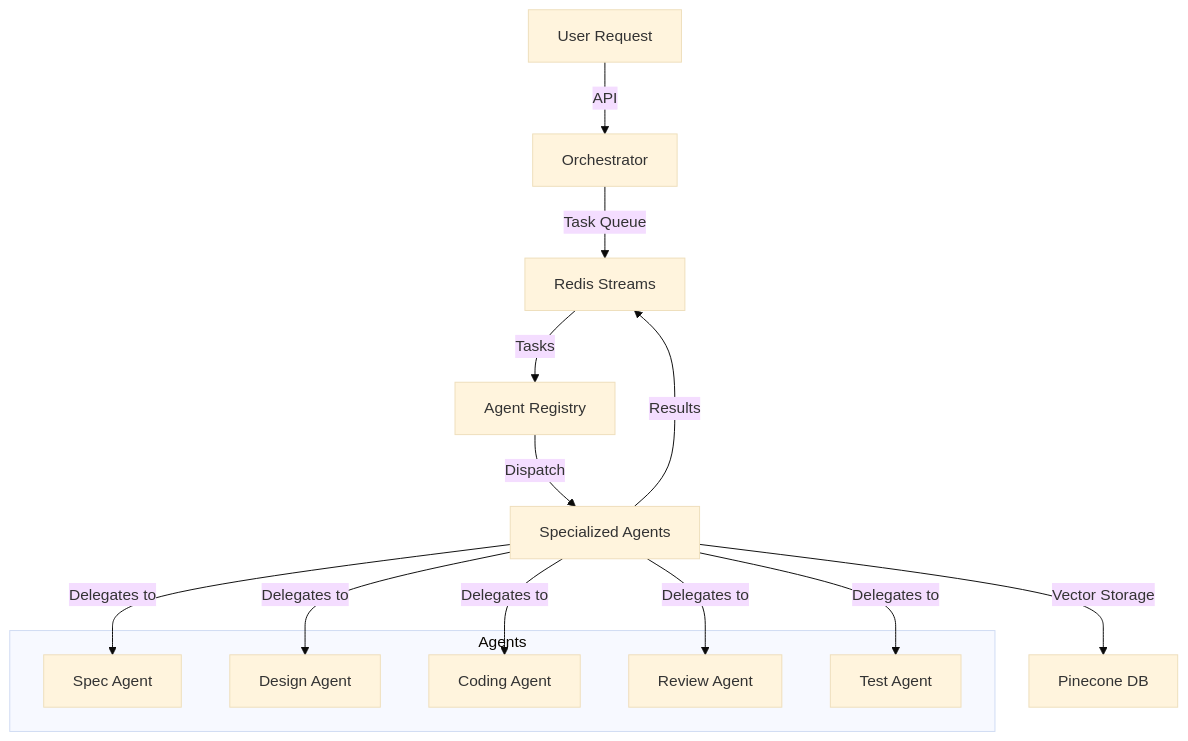
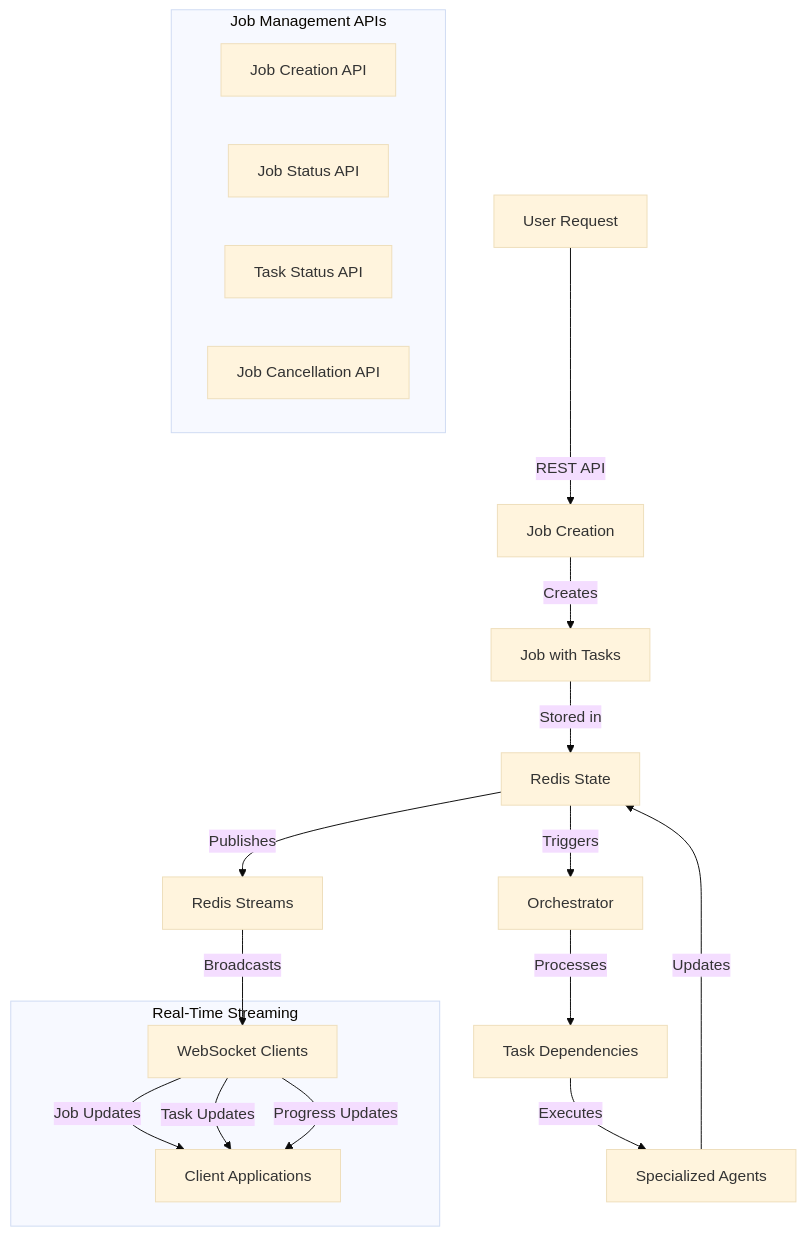
One commit to CodeBlackwell/Agent_Blackwell changed the first of 2 diagrams in README.md. Above: the diagram before and after it, drawn with Mermaid (base theme). The commit also changed other lines of this file and 3 other files, not shown here.

First line of the commit message:
docs: add comprehensive API and Redis persistence documentation

````diff
--- a/README.md
+++ b/README.md
@@ -51,23 +29,25 @@
 ```mermaid
 graph TD
-    A[User Request] -->|API| B[Orchestrator]
-    B -->|Task Queue| C[Redis Streams]
-    C -->|Tasks| D[Agent Registry]
-    D -->|Dispatch| E[Specialized Agents]
-    E -->|Results| C
-    E -->|Vector Storage| F[Pinecone DB]
+    A[User Request] -->|REST API| B[Job Creation]
+    B -->|Creates| C[Job with Tasks]
+    C -->|Stored in| D[Redis State]
+    D -->|Triggers| E[Orchestrator]
+    E -->|Processes| F[Task Dependencies]
+    F -->|Executes| G[Specialized Agents]
+    G -->|Updates| D
+    D -->|Publishes| H[Redis Streams]
+    H -->|Broadcasts| I[WebSocket Clients]
 
-    subgraph "Agents"
-    G[Spec Agent]
-    H[Design Agent]
-    I[Coding Agent]
-    J[Review Agent]
-    K[Test Agent]
+    subgraph "Real-Time Streaming"
+    I -->|Job Updates| J[Client Applications]
+    I -->|Task Updates| J
+    I -->|Progress Updates| J
     end
 
-    E -->|Delegates to| G
-    E -->|Delegates to| H
-    E -->|Delegates to| I
-    E -->|Delegates to| J
-    E -->|Delegates to| K
+    subgraph "Job Management APIs"
+    K[Job Creation API]
+    L[Job Status API]
+    M[Task Status API]
+    N[Job Cancellation API]
+    end
 ```
````
